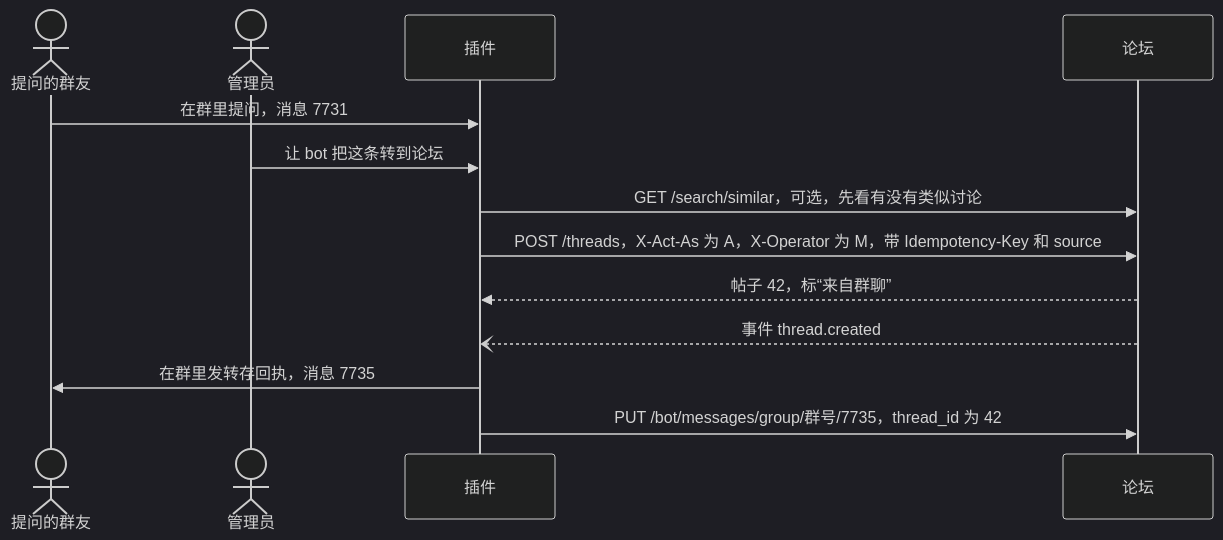
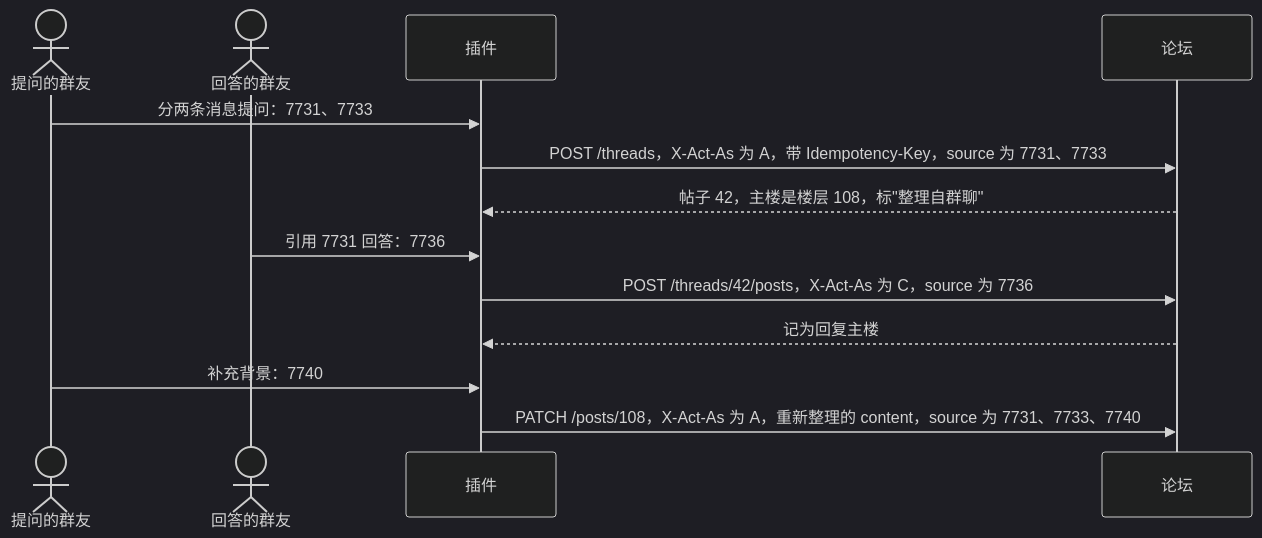
One commit to mousebaoyan/mousehole changed the third of 4 diagrams in docs/api.md. Above: the diagram before and after it, drawn with Mermaid (dark theme). The commit also changed other lines of this file and 17 other files, not shown here.

````diff
--- a/docs/api.md
+++ b/docs/api.md
@@ -511,15 +511,15 @@
 ```mermaid
 sequenceDiagram
     actor A as 提问的群友
-    actor M as 管理员
+    actor C as 回答的群友
     participant P as 插件
     participant F as 论坛
-    A->>P: 在群里提问，消息 7731
-    M->>P: 让 bot 把这条转到论坛
-    P->>F: GET /search/similar，可选，先看有没有类似讨论
-    P->>F: POST /threads，X-Act-As 为 A，X-Operator 为 M，带 Idempotency-Key 和 source
-    F-->>P: 帖子 42，标“来自群聊”
-    F--)P: 事件 thread.created
-    P->>A: 在群里发转存回执，消息 7735
-    P->>F: PUT /bot/messages/group/群号/7735，thread_id 为 42
+    A->>P: 分两条消息提问：7731、7733
+    P->>F: POST /threads，X-Act-As 为 A，带 Idempotency-Key，source 为 7731、7733
+    F-->>P: 帖子 42，主楼是楼层 108，标"整理自群聊"
+    C->>P: 引用 7731 回答：7736
+    P->>F: POST /threads/42/posts，X-Act-As 为 C，source 为 7736
+    F-->>P: 记为回复主楼
+    A->>P: 补充背景：7740
+    P->>F: PATCH /posts/108，X-Act-As 为 A，重新整理的 content，source 为 7731、7733、7740
 ```
````
